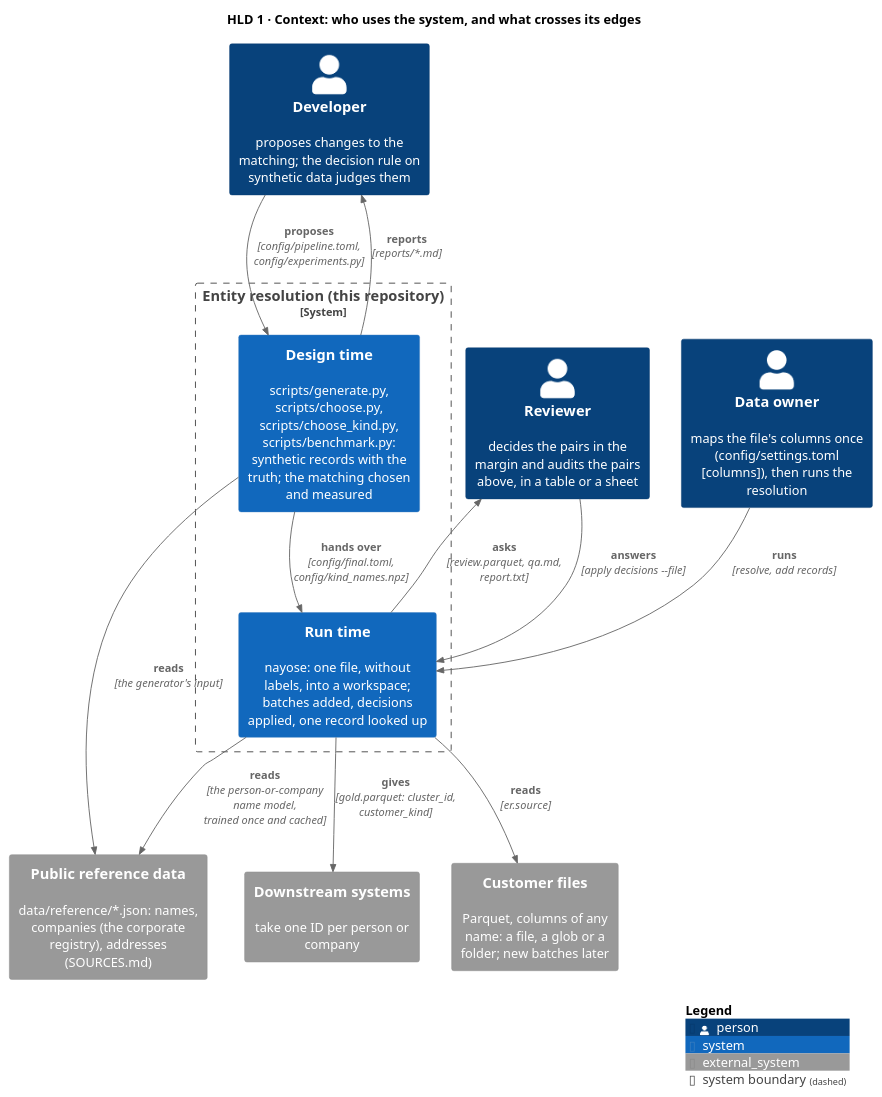
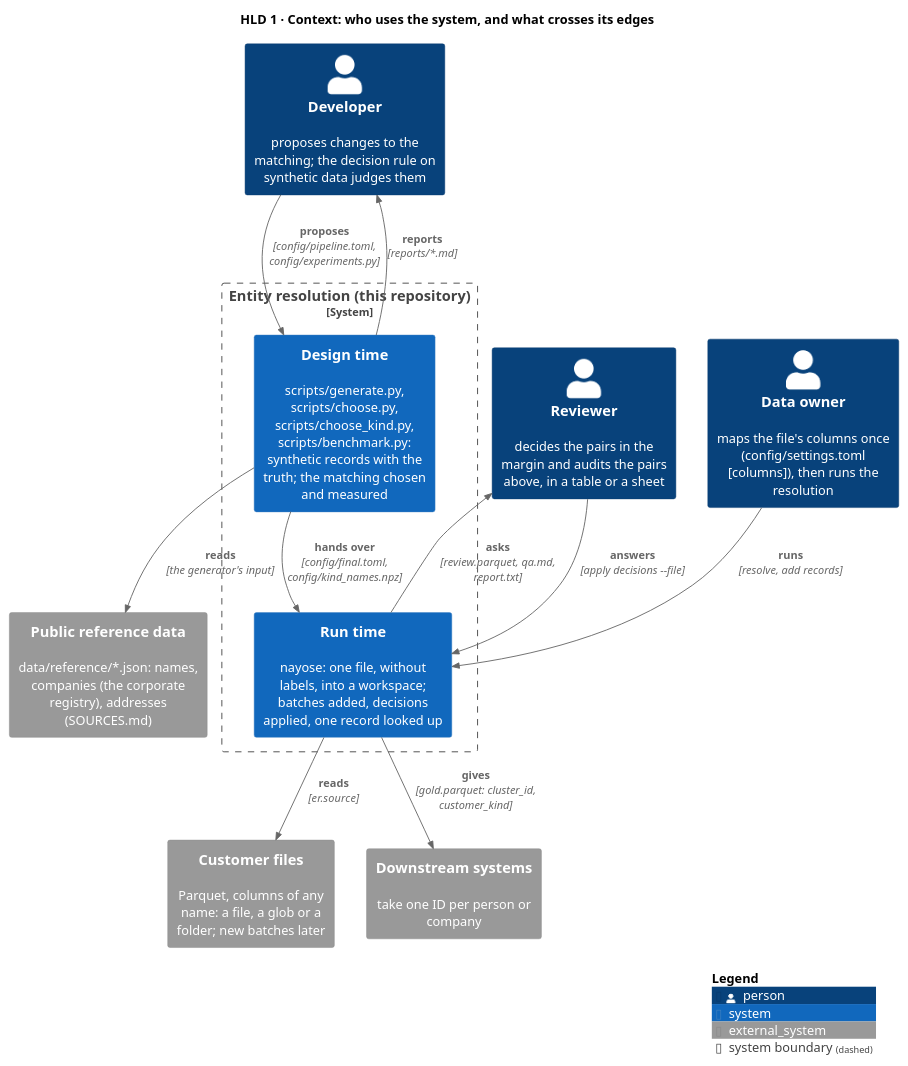
The diagram in docs/diagrams/context.puml (mvsbm/entity_matching), drawn with PlantUML before and after one commit. The commit also changed 23 other files, not shown here.

```diff
--- a/docs/diagrams/context.puml
+++ b/docs/diagrams/context.puml
@@ -1,31 +1,30 @@
 @startuml context
 !include <C4/C4_Context>
 LAYOUT_TOP_DOWN()
 HIDE_STEREOTYPE()
 title HLD 1 · Context: who uses the system, and what crosses its edges
 
 Person(owner, "Data owner", "maps the file's columns once (config/settings.toml [columns]), then runs the resolution")
 Person(reviewer, "Reviewer", "decides the pairs in the margin and audits the pairs above, in a table or a sheet")
 Person(developer, "Developer", "proposes changes to the matching; the decision rule on synthetic data judges them")
 
 System_Ext(files, "Customer files", "Parquet, columns of any name: a file, a glob or a folder; new batches later")
 System_Ext(reference, "Public reference data", "data/reference/*.json: names, companies (the corporate registry), addresses (SOURCES.md)")
 System_Ext(downstream, "Downstream systems", "take one ID per person or company")
 
 System_Boundary(er, "Entity resolution (this repository)") {
   System(runtime, "Run time", "nayose: one file, without labels, into a workspace; batches added, decisions applied, one record looked up")
   System(design, "Design time", "scripts/generate.py, scripts/choose.py, scripts/choose_kind.py, scripts/benchmark.py: synthetic records with the truth; the matching chosen and measured")
 }
 
 Rel(owner, runtime, "runs", "resolve, add records")
 Rel(runtime, files, "reads", "er.source")
-Rel(runtime, reference, "reads", "the person-or-company name model, trained once and cached")
 Rel(design, reference, "reads", "the generator's input")
 Rel(developer, design, "proposes", "config/pipeline.toml, config/experiments.py")
 Rel(design, developer, "reports", "reports/*.md")
 Rel(design, runtime, "hands over", "config/final.toml, config/kind_names.npz")
 Rel(runtime, reviewer, "asks", "review.parquet, qa.md, report.txt")
 Rel(reviewer, runtime, "answers", "apply decisions --file")
 Rel(runtime, downstream, "gives", "gold.parquet: cluster_id, customer_kind")
 SHOW_LEGEND()
 @enduml
```
